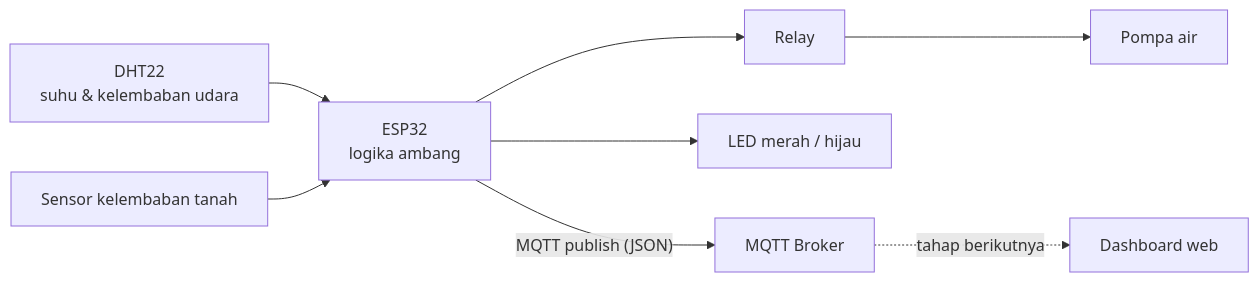
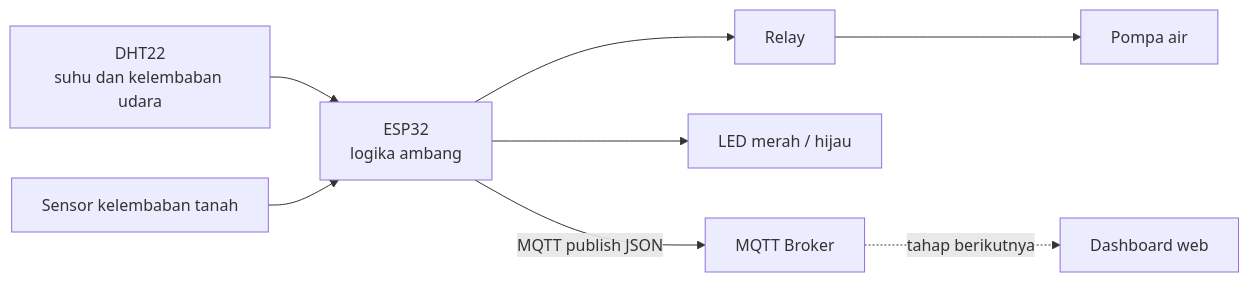
Before and after one commit to AnisSyarifatul/ArHydroSense: the diagram in README.md, drawn with Mermaid.

Commit message:
Update DHT label and MQTT flowchart connections

````diff
--- a/README.md
+++ b/README.md
@@ -50,10 +50,10 @@
 ```mermaid
 flowchart LR
-    DHT["DHT22<br/>suhu & kelembaban udara"] --> ESP
+    DHT["DHT22<br/>suhu dan kelembaban udara"] --> ESP
     SOIL["Sensor kelembaban tanah"] --> ESP
     ESP["ESP32<br/>logika ambang"] --> RELAY["Relay"]
     RELAY --> PUMP["Pompa air"]
     ESP --> LED["LED merah / hijau"]
-    ESP -- "MQTT publish (JSON)" --> BROKER["MQTT Broker"]
-    BROKER -. "tahap berikutnya" .-> DASH["Dashboard web"]
+    ESP -->|MQTT publish JSON| BROKER["MQTT Broker"]
+    BROKER -.->|tahap berikutnya| DASH["Dashboard web"]
 ```
````
